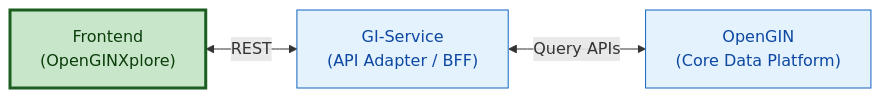
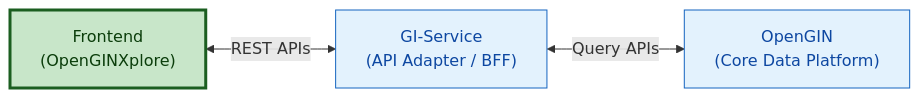
The diagram in README.md (LDFLK/openginxplore), drawn with Mermaid before and after one commit. The commit also changed other lines of this file, not shown here.

Commit message:
renaming titles

````diff
--- a/README.md
+++ b/README.md
@@ -15,17 +15,17 @@
 ```mermaid
 flowchart LR
     FE["Frontend<br/>(OpenGINXplore)"]
     API["GI-Service<br/>(API Adapter / BFF)"]
     CORE["OpenGIN<br/>(Core Data Platform)"]
 
-    FE <-->| REST | API
+    FE <-->| REST APIs | API
     API <-->| Query APIs | CORE
 
     %% Base styles
     classDef blue fill:#E3F2FD,stroke:#1565C0,stroke-width:1px,color:#0D47A1
     classDef green fill:#C8E6C9,stroke:#1B5E20,stroke-width:3px,color:#0B3D0B
 
     class API blue
     class CORE blue
     class FE green
 ```
````
